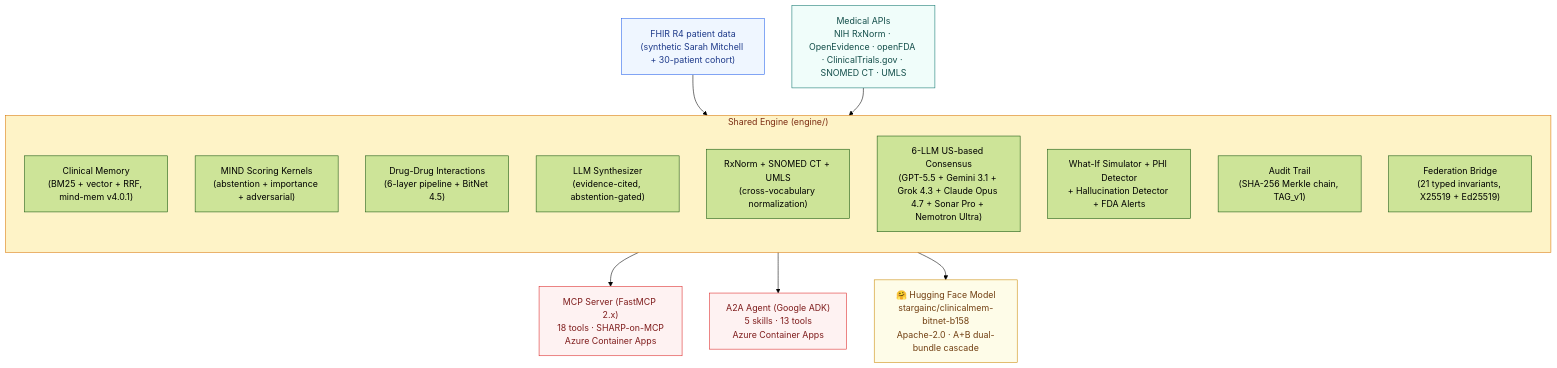
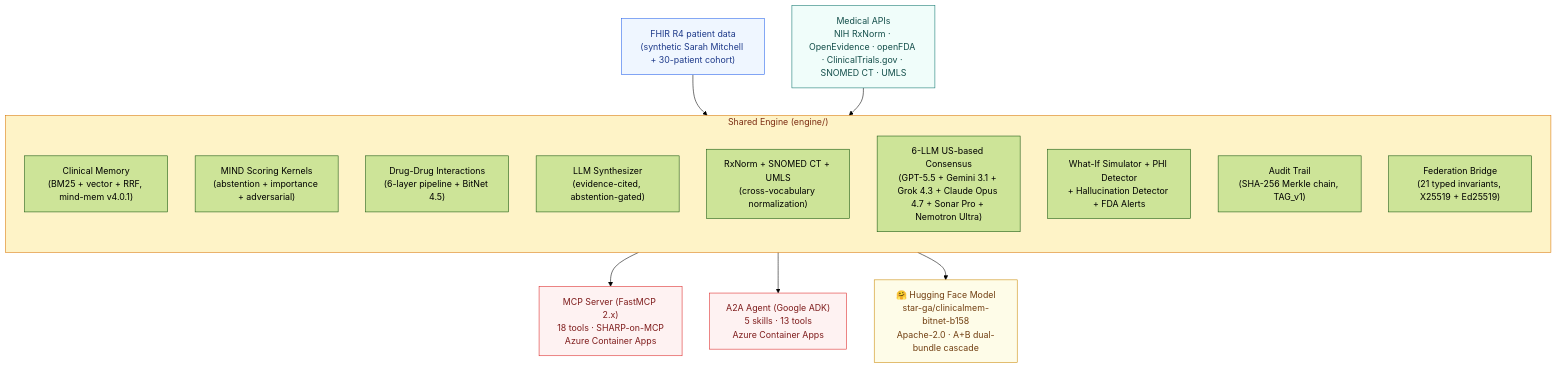
The diagram in README.md (star-ga/clinicalmem), drawn with Mermaid (forest theme) before and after one commit. The commit also changed other lines of this file and 27 other files, not shown here.

First line of the commit message:
chore: scrub process-revealing content and move HF model to star-ga

````diff
--- a/README.md
+++ b/README.md
@@ -83,35 +83,35 @@
 ```mermaid
 flowchart TB
     FHIR["FHIR R4 patient data<br/>(synthetic Sarah Mitchell + 30-patient cohort)"]
     APIS["Medical APIs<br/>NIH RxNorm · OpenEvidence · openFDA · ClinicalTrials.gov · SNOMED CT · UMLS"]
 
     subgraph ENGINE["Shared Engine (engine/)"]
         direction TB
         MEM["Clinical Memory<br/>(BM25 + vector + RRF, mind-mem v4.0.1)"]
         SCORE["MIND Scoring Kernels<br/>(abstention + importance + adversarial)"]
         DDI["Drug-Drug Interactions<br/>(6-layer pipeline + BitNet 4.5)"]
         SYNTH["LLM Synthesizer<br/>(evidence-cited, abstention-gated)"]
         TERMS["RxNorm + SNOMED CT + UMLS<br/>(cross-vocabulary normalization)"]
         CONSENSUS["6-LLM US-based Consensus<br/>(GPT-5.5 + Gemini 3.1 + Grok 4.3 + Claude Opus 4.7 + Sonar Pro + Nemotron Ultra)"]
         WHATIF["What-If Simulator + PHI Detector<br/>+ Hallucination Detector + FDA Alerts"]
         AUDIT["Audit Trail<br/>(SHA-256 Merkle chain, TAG_v1)"]
         FED["Federation Bridge<br/>(21 typed invariants, X25519 + Ed25519)"]
     end
 
     MCP["MCP Server (FastMCP 2.x)<br/>18 tools · SHARP-on-MCP<br/>Azure Container Apps"]
     A2A["A2A Agent (Google ADK)<br/>5 skills · 13 tools<br/>Azure Container Apps"]
-    HF["🤗 Hugging Face Model<br/>stargainc/clinicalmem-bitnet-b158<br/>Apache-2.0 · A+B dual-bundle cascade"]
+    HF["🤗 Hugging Face Model<br/>star-ga/clinicalmem-bitnet-b158<br/>Apache-2.0 · A+B dual-bundle cascade"]
 
     FHIR --> ENGINE
     APIS --> ENGINE
     ENGINE --> MCP
     ENGINE --> A2A
     ENGINE --> HF
 
     style FHIR fill:#EFF6FF,stroke:#2563eb,color:#1e3a8a
     style APIS fill:#F0FDFA,stroke:#0F766E,color:#134E4A
     style ENGINE fill:#FEF3C7,stroke:#d97706,color:#7c2d12
     style MCP fill:#FEF2F2,stroke:#dc2626,color:#7f1d1d
     style A2A fill:#FEF2F2,stroke:#dc2626,color:#7f1d1d
     style HF fill:#FEFCE8,stroke:#ca8a04,color:#713f12
 ```
````
